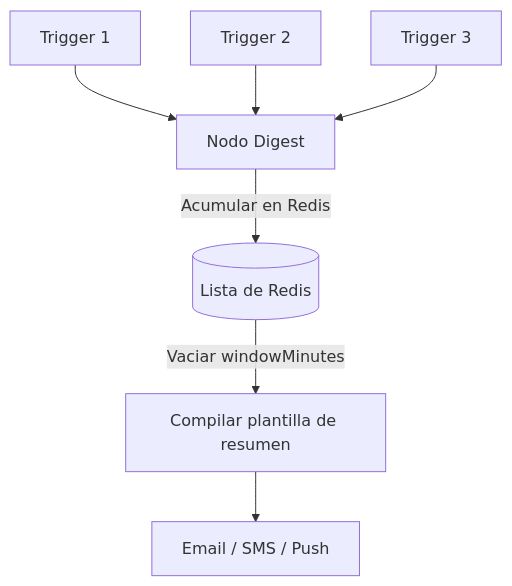
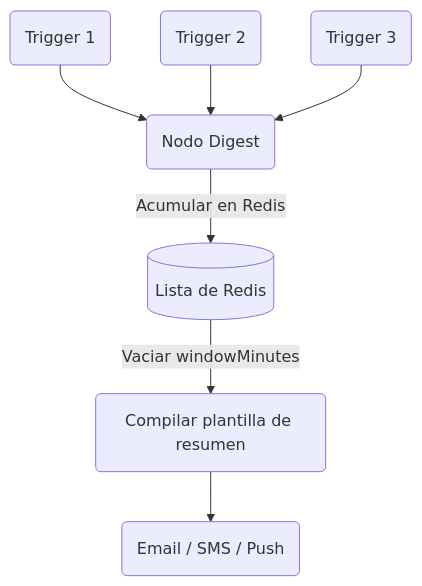
One commit to KriyanshKhunt/nexus_docs changed the first of 2 diagrams in content/docs/es/platform/features/digest-throttle.mdx. Above: the diagram before and after it, drawn with Mermaid. The commit also changed other lines of this file and 20 other files, not shown here.

Commit message:
Handle es Mermaid charts

````diff
--- a/content/docs/es/platform/features/digest-throttle.mdx
+++ b/content/docs/es/platform/features/digest-throttle.mdx
@@ -14,9 +14,9 @@
 ```mermaid
 flowchart TD
-  T1[Trigger 1] --> D[Nodo Digest]
-  T2[Trigger 2] --> D
-  T3[Trigger 3] --> D
+  T1(Trigger 1) --> D(Nodo Digest)
+  T2(Trigger 2) --> D
+  T3(Trigger 3) --> D
   D -->|Acumular en Redis| Redis[(Lista de Redis)]
-  Redis -->|Vaciar windowMinutes| Compile[Compilar plantilla de resumen]
-  Compile --> Channel[Email / SMS / Push]
+  Redis -->|Vaciar windowMinutes| Compile(Compilar plantilla de resumen)
+  Compile --> Channel(Email / SMS / Push)
 ```
````
